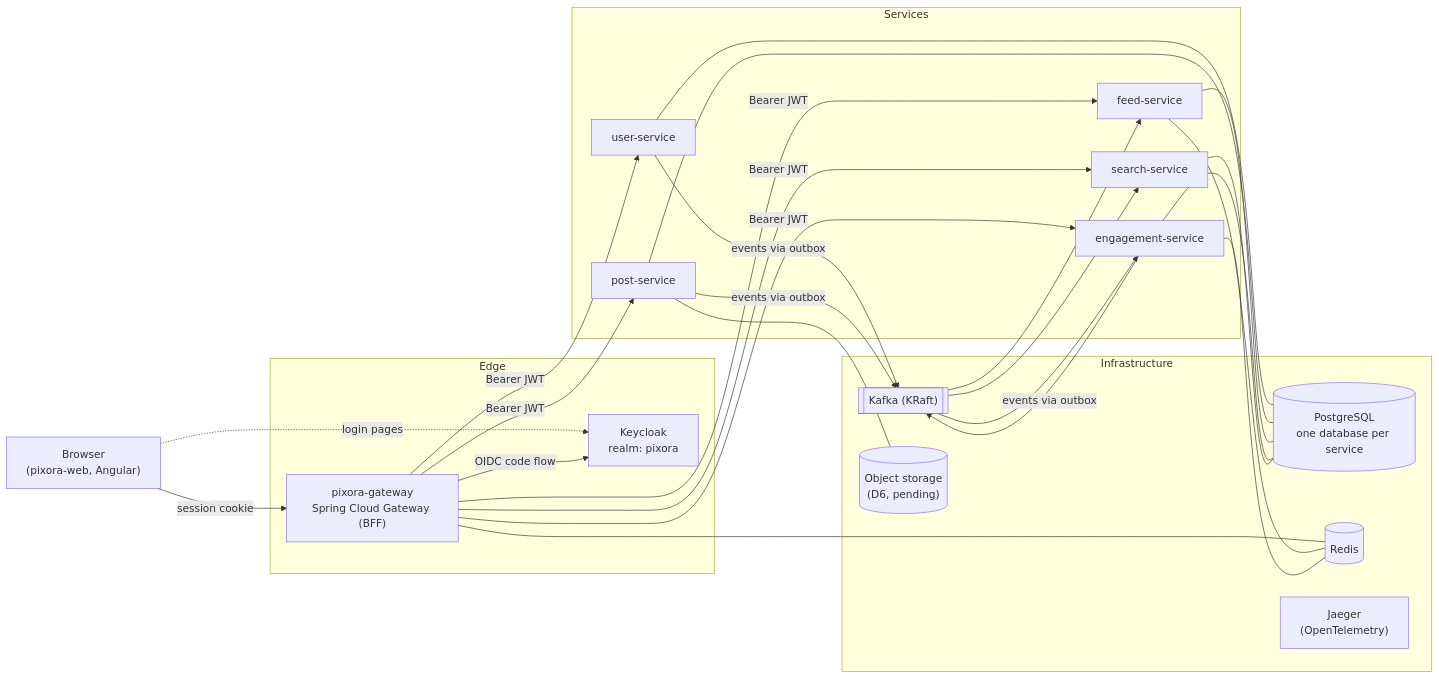
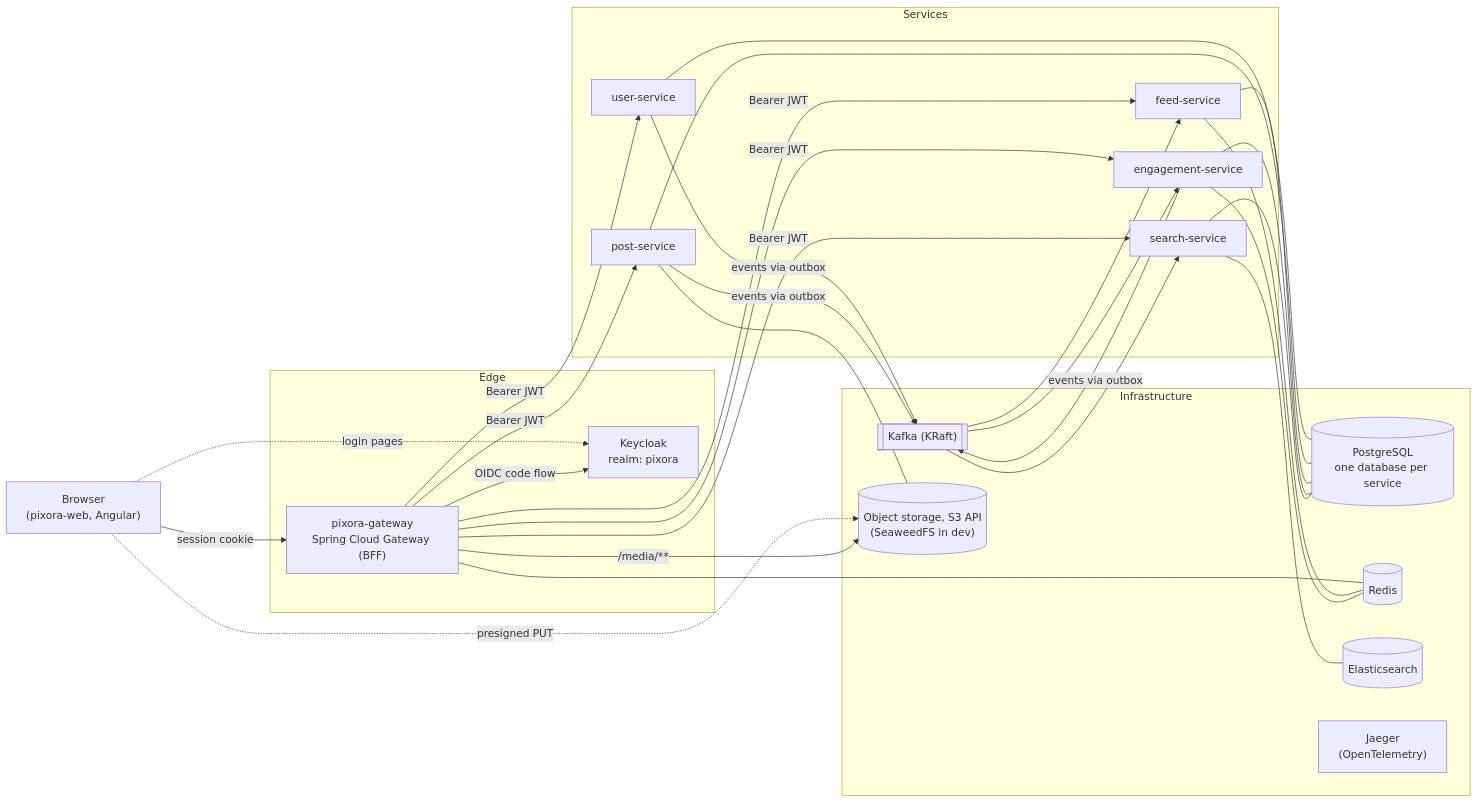
One commit to JaouadiOussama/pixora changed the diagram in docs/architecture.md. Above: the diagram before and after it, drawn with Mermaid. The commit also changed other lines of this file and 7 other files, not shown here.

````diff
--- a/docs/architecture.md
+++ b/docs/architecture.md
@@ -9,34 +9,38 @@
 ```mermaid
 flowchart LR
     Browser["Browser<br/>(pixora-web, Angular)"]
     subgraph Edge
         GW["pixora-gateway<br/>Spring Cloud Gateway (BFF)"]
         KC["Keycloak<br/>realm: pixora"]
     end
     subgraph Services
         US[user-service]
         PS[post-service]
         FS[feed-service]
         ES[engagement-service]
         SS[search-service]
     end
     subgraph Infrastructure
         PG[("PostgreSQL<br/>one database per service")]
         RD[("Redis")]
         KF[["Kafka (KRaft)"]]
-        OBJ[("Object storage<br/>(D6, pending)")]
+        OBJ[("Object storage, S3 API<br/>(SeaweedFS in dev)")]
+        EL[("Elasticsearch")]
         JG["Jaeger<br/>(OpenTelemetry)"]
     end
 
     Browser -- "session cookie" --> GW
     Browser -. "login pages" .-> KC
     GW -- "OIDC code flow" --> KC
     GW -- "Bearer JWT" --> US & PS & FS & ES & SS
     GW --- RD
     US & PS & FS & ES & SS --- PG
     US & PS & ES -- "events via outbox" --> KF
     KF --> FS & SS & ES
     FS --- RD
     ES --- RD
     PS --- OBJ
+    Browser -. "presigned PUT" .-> OBJ
+    GW -- "/media/**" --> OBJ
+    SS --- EL
 ```
````
